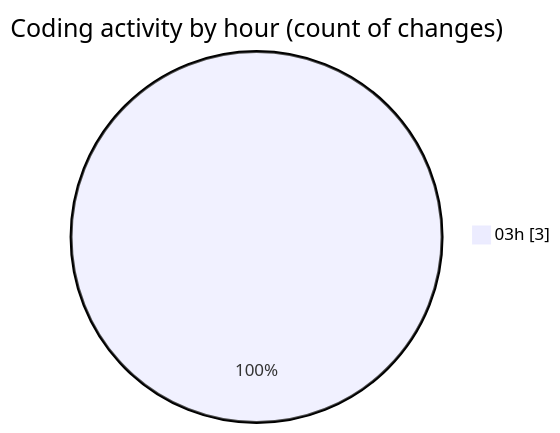
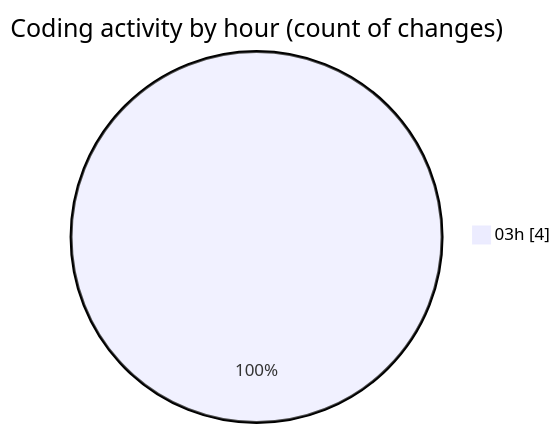
One commit to shibass792/code-tracking changed the second of 2 diagrams in 2026-07-15/shibass-ai/README.md. Above: the diagram before and after it, drawn with Mermaid. The commit also changed other lines of this file and 1 other file, not shown here.

````diff
--- a/2026-07-15/shibass-ai/README.md
+++ b/2026-07-15/shibass-ai/README.md
@@ -28,5 +30,5 @@
 ```mermaid
 pie showData
 title Coding activity by hour (count of changes)
-"03h" : 3
+"03h" : 4
 ```
````
